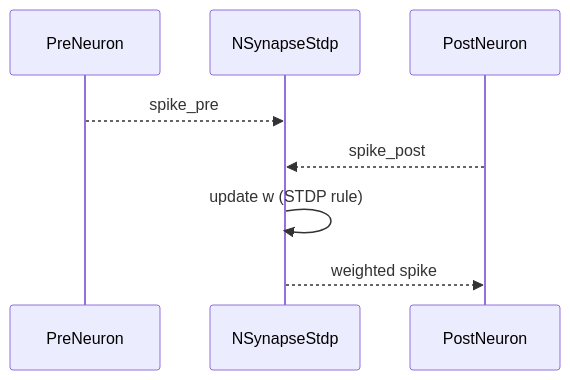
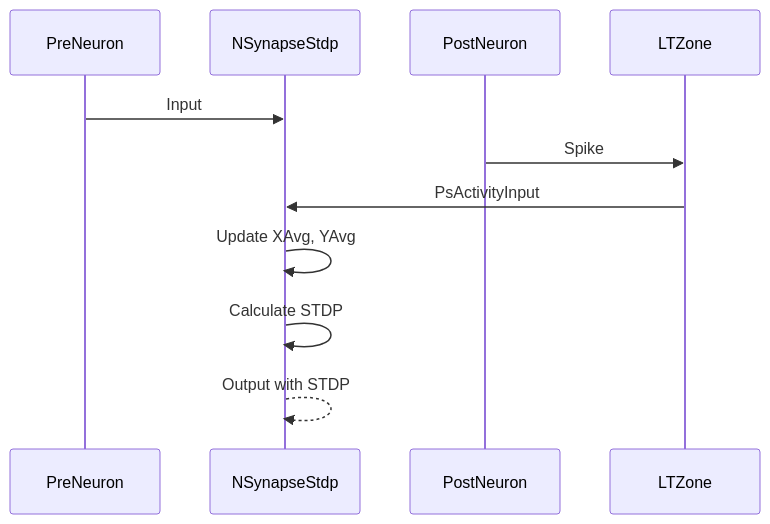
The seventh of 10 diagrams in Docs/Components/NSynapseStdp.md (aicommunity/Nmsdk-PulseLib), drawn with Mermaid before and after one commit. The commit also changed other lines of this file and 196 other files, not shown here.

````diff
--- a/Docs/Components/NSynapseStdp.md
+++ b/Docs/Components/NSynapseStdp.md
@@ -29,10 +391,14 @@
 ```mermaid
 sequenceDiagram
-    participant Pre as PreNeuron
-    participant Syn as NSynapseStdp
-    participant Post as PostNeuron
-    Pre-->>Syn: spike_pre
-    Post-->>Syn: spike_post
-    Syn->>Syn: update w (STDP rule)
-    Syn-->>Post: weighted spike
+    participant PreNeuron
+    participant Synapse as NSynapseStdp
+    participant PostNeuron
+    participant LTZone
+    
+    PreNeuron->>Synapse: Input
+    PostNeuron->>LTZone: Spike
+    LTZone->>Synapse: PsActivityInput
+    Synapse->>Synapse: Update XAvg, YAvg
+    Synapse->>Synapse: Calculate STDP
+    Synapse-->>Synapse: Output with STDP
 ```
````
